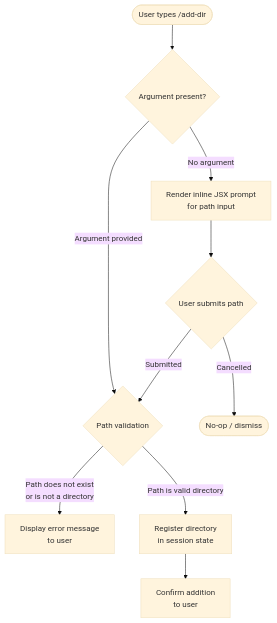
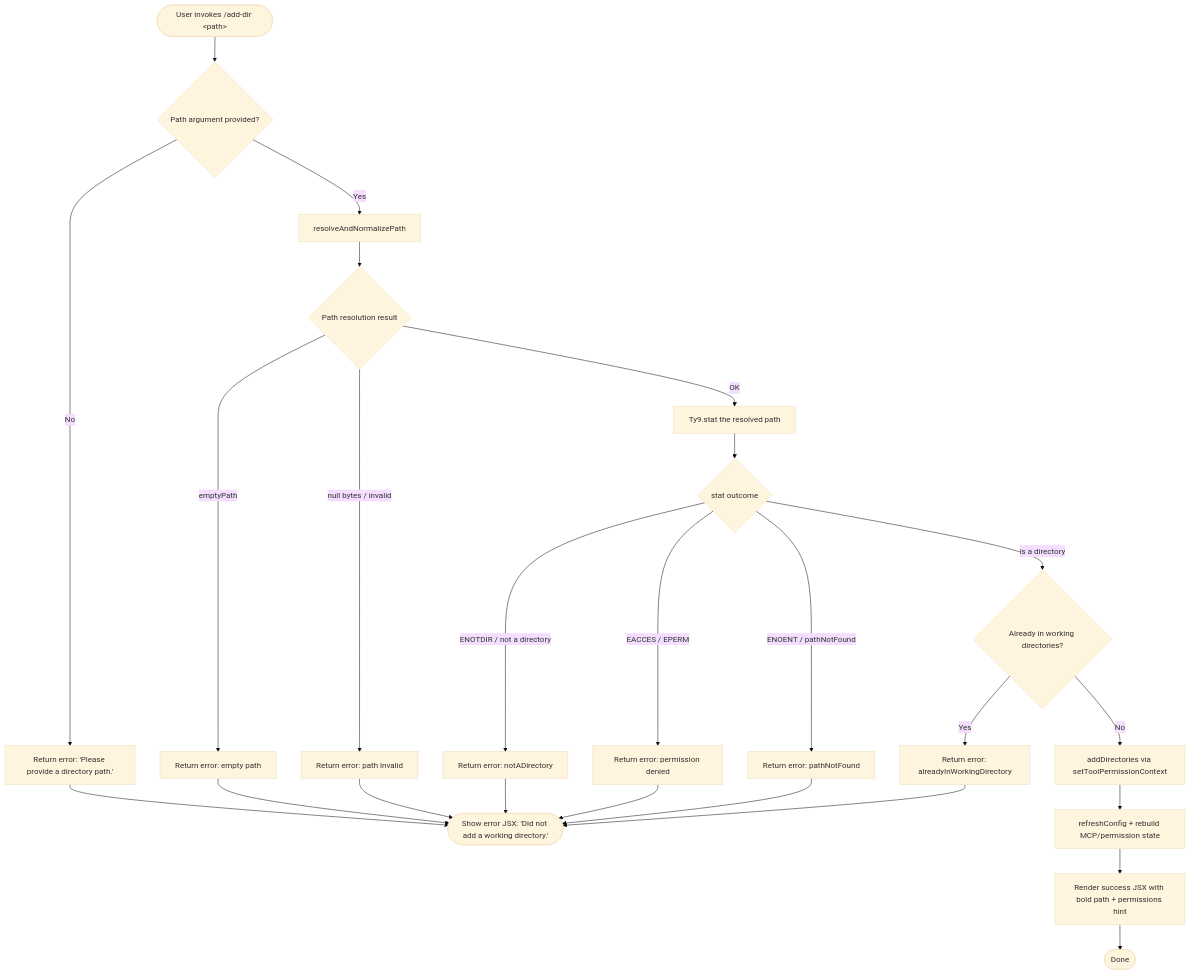
Before and after one commit to MyLittleLuckyDog/cc-gnothi: the diagram in versions/v2.1.139/add-dir.md, drawn with Mermaid (base theme). The commit also changed other lines of this file and 97 other files, not shown here.

````diff
--- a/versions/v2.1.139/add-dir.md
+++ b/versions/v2.1.139/add-dir.md
@@ -46,12 +55,27 @@
 ```mermaid
 flowchart TD
-    A([User types /add-dir]) --> B{Argument present?}
-    B -- No argument --> C[Render inline JSX prompt\nfor path input]
-    B -- Argument provided --> D{Path validation}
-    D -- Path does not exist\nor is not a directory --> E[Display error message\nto user]
-    D -- Path is valid directory --> F[Register directory\nin session state]
-    F --> G[Confirm addition\nto user]
-    C --> H{User submits path}
-    H -- Submitted --> D
-    H -- Cancelled --> I([No-op / dismiss])
+    A([User invokes /add-dir &lt;path&gt;]) --> B{Path argument provided?}
+    B -- No --> ERR_EMPTY["Return error: 'Please provide a directory path.'"]
+    B -- Yes --> C[resolveAndNormalizePath]
+    C --> D{Path resolution result}
+    D -- emptyPath --> ERR_EMPTY2["Return error: empty path"]
+    D -- null bytes / invalid --> ERR_INVALID["Return error: path invalid"]
+    D -- OK --> E[Ty9.stat the resolved path]
+    E --> F{stat outcome}
+    F -- ENOTDIR / not a directory --> ERR_NOTDIR["Return error: notADirectory"]
+    F -- EACCES / EPERM --> ERR_PERM["Return error: permission denied"]
+    F -- ENOENT / pathNotFound --> ERR_NOTFOUND["Return error: pathNotFound"]
+    F -- is a directory --> G{Already in working directories?}
+    G -- Yes --> ERR_DUP["Return error: alreadyInWorkingDirectory"]
+    G -- No --> H[addDirectories via setToolPermissionContext]
+    H --> I[refreshConfig + rebuild MCP/permission state]
+    I --> J[Render success JSX with bold path + permissions hint]
+    J --> K([Done])
+    ERR_EMPTY --> FAIL([Show error JSX: 'Did not add a working directory.'])
+    ERR_EMPTY2 --> FAIL
+    ERR_INVALID --> FAIL
+    ERR_NOTDIR --> FAIL
+    ERR_PERM --> FAIL
+    ERR_NOTFOUND --> FAIL
+    ERR_DUP --> FAIL
 ```
````
